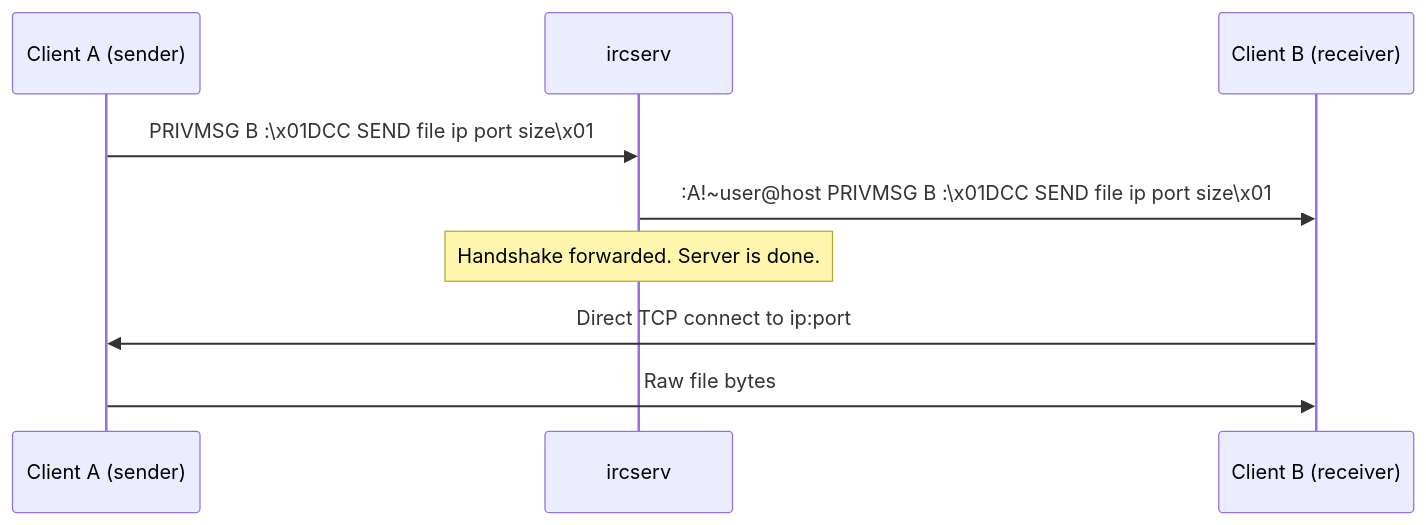
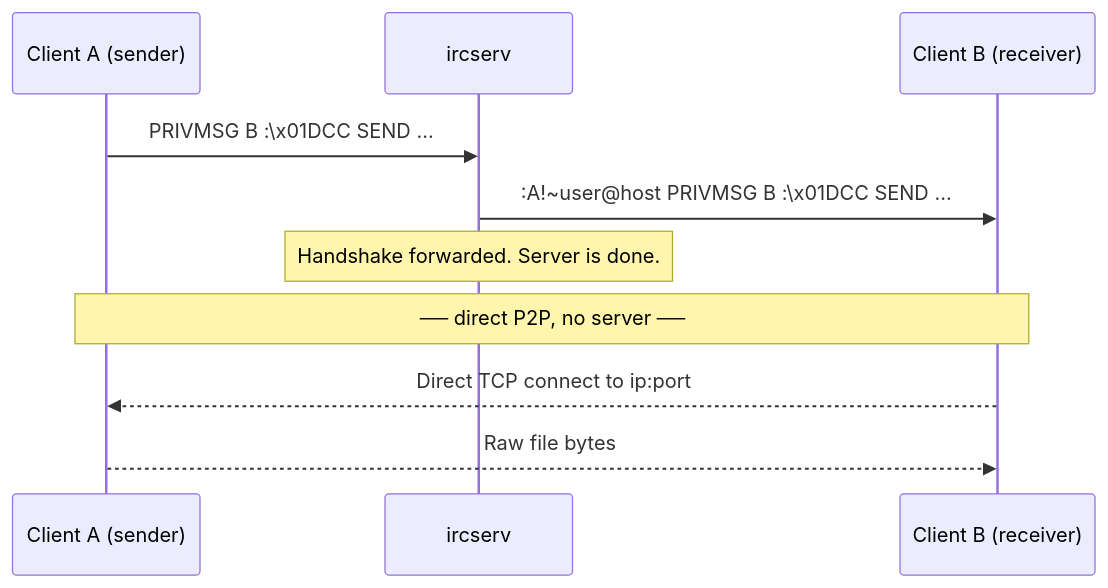
The diagram in docs/file-transfer.md (francescoPagliaPersonal/ft_irc), drawn with Mermaid before and after one commit.

Commit message:
Revise DCC SEND sequence diagram
Updated DCC SEND sequence diagram to reflect direct P2P connection.
and polished style to read better

````diff
--- a/docs/file-transfer.md
+++ b/docs/file-transfer.md
@@ -61,12 +61,14 @@
 ```mermaid
+%%{init: {'themeCSS': '.actor-line { stroke-dasharray: 15,5; stroke: #404040; }' }}%%
 sequenceDiagram
   participant A as Client A (sender)
   participant S as ircserv
   participant B as Client B (receiver)
 
-  A->>S: PRIVMSG B :\x01DCC SEND file ip port size\x01
-  S->>B: :A!~user@host PRIVMSG B :\x01DCC SEND file ip port size\x01
+  A->>S: PRIVMSG B :\x01DCC SEND ...
+  S->>B: :A!~user@host PRIVMSG B :\x01DCC SEND ...
   Note over S: Handshake forwarded. Server is done.
-  B->>A: Direct TCP connect to ip:port
-  A->>B: Raw file bytes
+  Note over A,B: ── direct P2P, no server ──
+  B-->>A: Direct TCP connect to ip:port
+  A-->>B: Raw file bytes
 ```
````
